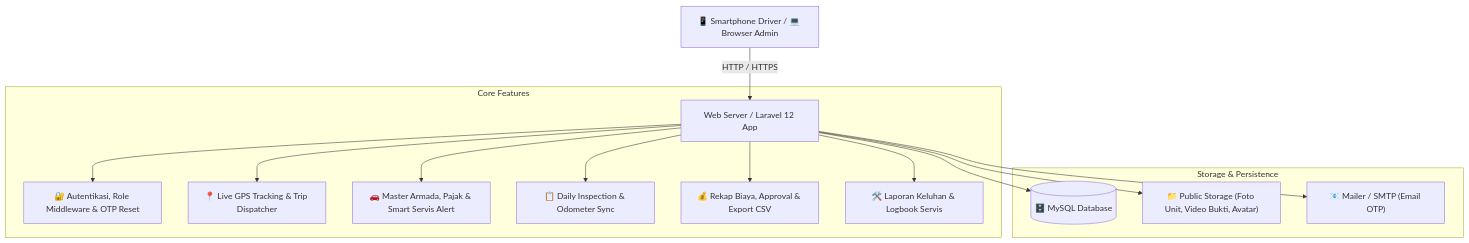
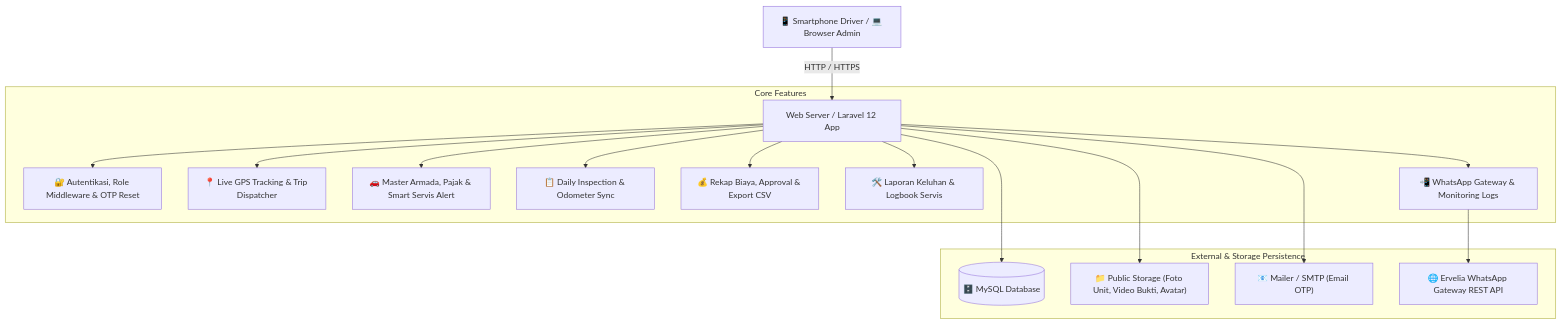
Before and after one commit to stinrhmwti/belajar_laravel: the diagram in README.md, drawn with Mermaid. The commit also changed other lines of this file and 26 other files, not shown here.

Commit message:
feat: integrasi notifikasi otomatis WhatsApp Gateway API, dashboard pesan, dan pembaruan materi dokumentasi di folder doc

````diff
--- a/README.md
+++ b/README.md
@@ -72,19 +83,21 @@
 ```mermaid
 graph TD
     Client["📱 Smartphone Driver / 💻 Browser Admin"] -->|HTTP / HTTPS| Server["Web Server / Laravel 12 App"]
     
     subgraph Core Features
         Server --> AuthModule["🔐 Autentikasi, Role Middleware & OTP Reset"]
         Server --> TrackingModule["📍 Live GPS Tracking & Trip Dispatcher"]
         Server --> VehicleModule["🚗 Master Armada, Pajak & Smart Servis Alert"]
         Server --> ChecklistModule["📋 Daily Inspection & Odometer Sync"]
         Server --> ExpenseModule["💰 Rekap Biaya, Approval & Export CSV"]
         Server --> ComplaintModule["🛠️ Laporan Keluhan & Logbook Servis"]
+        Server --> WhatsappModule["📲 WhatsApp Gateway & Monitoring Logs"]
     end
 
-    subgraph Storage & Persistence
+    subgraph External & Storage Persistence
         Server --> MySQL[("🗄️ MySQL Database")]
         Server --> LocalDisk["📁 Public Storage (Foto Unit, Video Bukti, Avatar)"]
         Server --> MailServer["📧 Mailer / SMTP (Email OTP)"]
+        WhatsappModule --> ErveliaAPI["🌐 Ervelia WhatsApp Gateway REST API"]
     end
 ```
````
